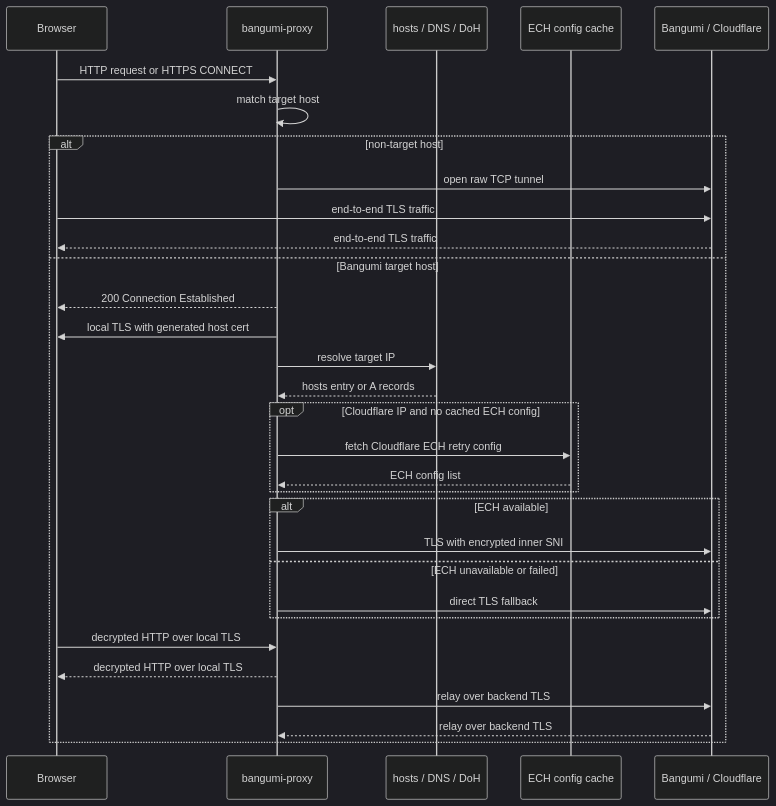
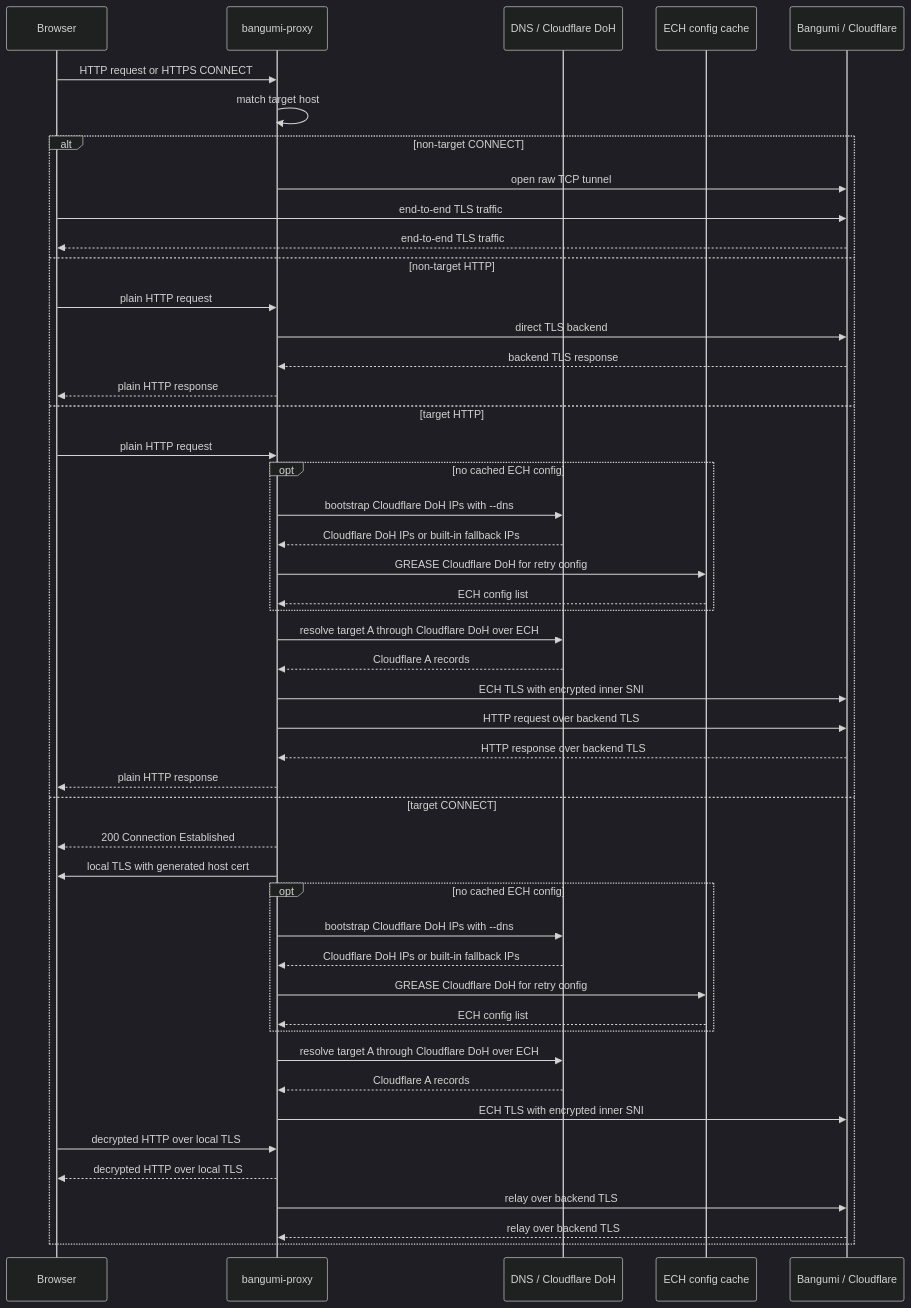
The diagram in README.md (Blacktea0/bangumi-proxy), drawn with Mermaid (dark theme) before and after one commit. The commit also changed other lines of this file and 1 other file, not shown here.

Commit message:
docs: sync README and AGENTS with current proxy behavior

````diff
--- a/README.md
+++ b/README.md
@@ -42,34 +51,51 @@
 ```mermaid
 sequenceDiagram
     participant Browser
     participant Proxy as bangumi-proxy
-    participant Resolver as hosts / DNS / DoH
+    participant Resolver as DNS / Cloudflare DoH
     participant ECH as ECH config cache
     participant Server as Bangumi / Cloudflare
 
     Browser->>Proxy: HTTP request or HTTPS CONNECT
     Proxy->>Proxy: match target host
-    alt non-target host
+    alt non-target CONNECT
         Proxy->>Server: open raw TCP tunnel
         Browser->>Server: end-to-end TLS traffic
         Server-->>Browser: end-to-end TLS traffic
-    else Bangumi target host
+    else non-target HTTP
+        Browser->>Proxy: plain HTTP request
+        Proxy->>Server: direct TLS backend
+        Server-->>Proxy: backend TLS response
+        Proxy-->>Browser: plain HTTP response
+    else target HTTP
+        Browser->>Proxy: plain HTTP request
+        opt no cached ECH config
+            Proxy->>Resolver: bootstrap Cloudflare DoH IPs with --dns
+            Resolver-->>Proxy: Cloudflare DoH IPs or built-in fallback IPs
+            Proxy->>ECH: GREASE Cloudflare DoH for retry config
+            ECH-->>Proxy: ECH config list
+        end
+        Proxy->>Resolver: resolve target A through Cloudflare DoH over ECH
+        Resolver-->>Proxy: Cloudflare A records
+        Proxy->>Server: ECH TLS with encrypted inner SNI
+        Proxy->>Server: HTTP request over backend TLS
+        Server-->>Proxy: HTTP response over backend TLS
+        Proxy-->>Browser: plain HTTP response
+    else target CONNECT
         Proxy-->>Browser: 200 Connection Established
         Proxy->>Browser: local TLS with generated host cert
-        Proxy->>Resolver: resolve target IP
-        Resolver-->>Proxy: hosts entry or A records
-        opt Cloudflare IP and no cached ECH config
-            Proxy->>ECH: fetch Cloudflare ECH retry config
+        opt no cached ECH config
+            Proxy->>Resolver: bootstrap Cloudflare DoH IPs with --dns
+            Resolver-->>Proxy: Cloudflare DoH IPs or built-in fallback IPs
+            Proxy->>ECH: GREASE Cloudflare DoH for retry config
             ECH-->>Proxy: ECH config list
         end
-        alt ECH available
-            Proxy->>Server: TLS with encrypted inner SNI
-        else ECH unavailable or failed
-            Proxy->>Server: direct TLS fallback
-        end
+        Proxy->>Resolver: resolve target A through Cloudflare DoH over ECH
+        Resolver-->>Proxy: Cloudflare A records
+        Proxy->>Server: ECH TLS with encrypted inner SNI
         Browser->>Proxy: decrypted HTTP over local TLS
         Proxy-->>Browser: decrypted HTTP over local TLS
         Proxy->>Server: relay over backend TLS
         Server-->>Proxy: relay over backend TLS
     end
 ```
````
